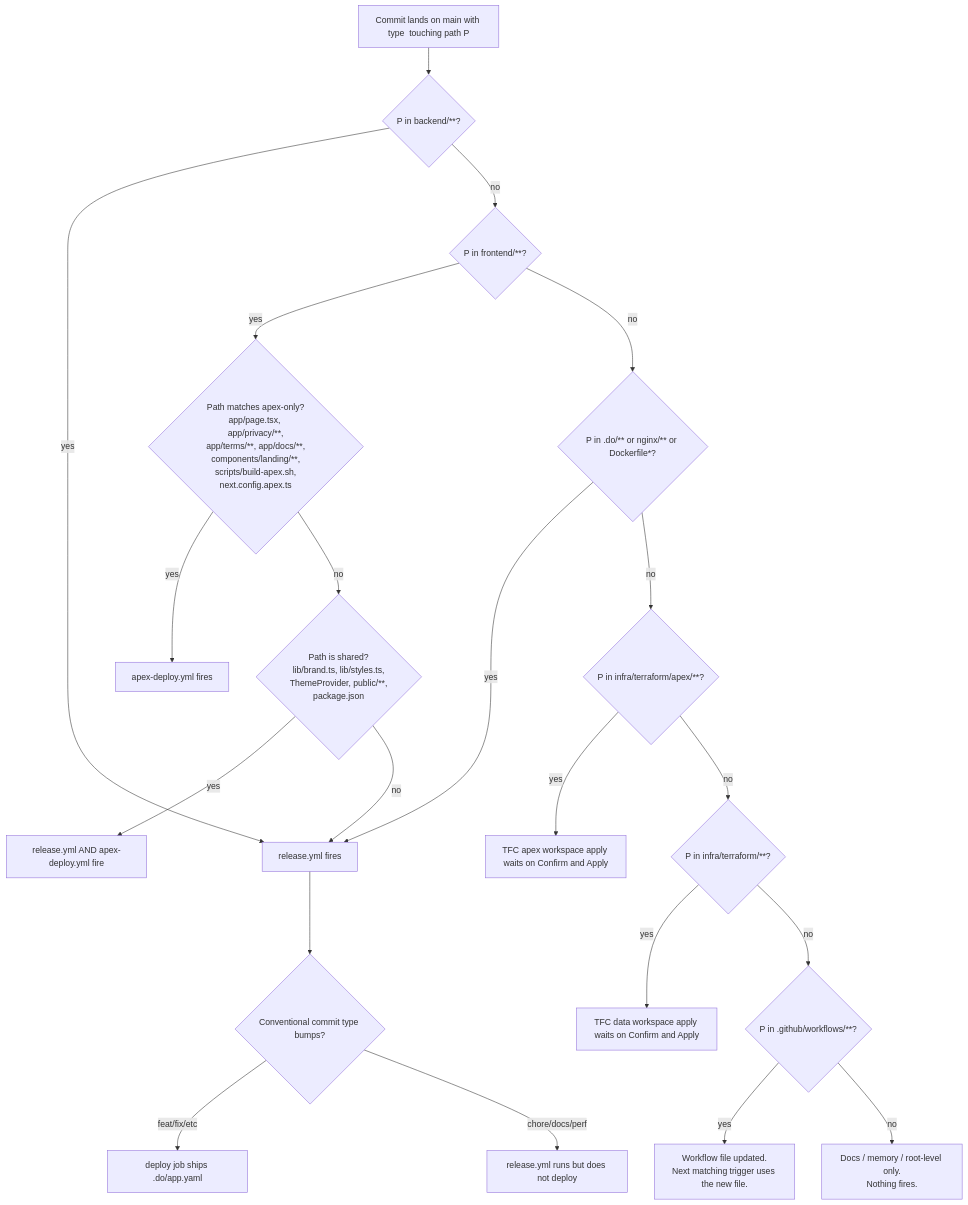
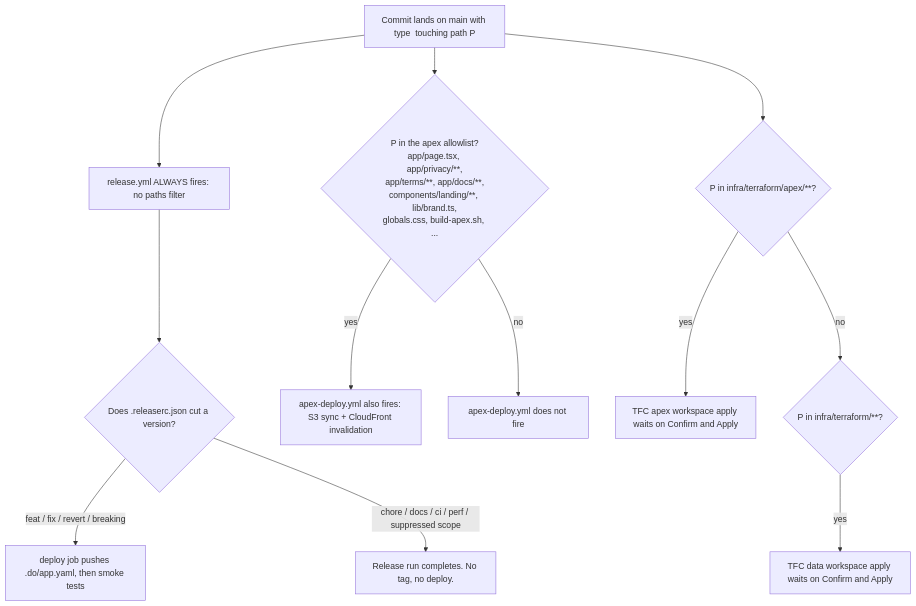
One commit to fjcloudaiconsulting/tbd changed the eighth of 8 diagrams in DEPLOYMENT.md. Above: the diagram before and after it, drawn with Mermaid. The commit also changed other lines of this file and 6 other files, not shown here.

First line of the commit message:
ci(release): drop release.yml's paths filter and alarm on undeployed releases (TBD-424)

````diff
--- a/DEPLOYMENT.md
+++ b/DEPLOYMENT.md
@@ -549,27 +569,17 @@
 ```mermaid
 flowchart TD
   start[Commit lands on main with type <type> touching path P]
-  start --> back{P in backend/**?}
-  back -- yes --> rel[release.yml fires]
-  back -- no --> front{P in frontend/**?}
+  start --> rel[release.yml ALWAYS fires: no paths filter]
+  rel --> semrel{Does .releaserc.json cut a version?}
+  semrel -- "feat / fix / revert / breaking" --> deploy[deploy job pushes .do/app.yaml, then smoke tests]
+  semrel -- "chore / docs / ci / perf / suppressed scope" --> noship[Release run completes. No tag, no deploy.]
 
-  front -- yes --> frontkind{Path matches apex-only?<br/>app/page.tsx, app/privacy/**,<br/>app/terms/**, app/docs/**,<br/>components/landing/**,<br/>scripts/build-apex.sh,<br/>next.config.apex.ts}
-  frontkind -- yes --> apex[apex-deploy.yml fires]
-  frontkind -- no --> frontshared{Path is shared?<br/>lib/brand.ts, lib/styles.ts,<br/>ThemeProvider, public/**,<br/>package.json}
-  frontshared -- yes --> both[release.yml AND apex-deploy.yml fire]
-  frontshared -- no --> rel
+  start --> apexq{P in the apex allowlist?<br/>app/page.tsx, app/privacy/**,<br/>app/terms/**, app/docs/**,<br/>components/landing/**, lib/brand.ts,<br/>globals.css, build-apex.sh, ...}
+  apexq -- yes --> apex[apex-deploy.yml also fires: S3 sync + CloudFront invalidation]
+  apexq -- no --> apexno[apex-deploy.yml does not fire]
 
-  front -- no --> infra{P in .do/** or nginx/** or Dockerfile*?}
-  infra -- yes --> rel
-  infra -- no --> tf1{P in infra/terraform/apex/**?}
+  start --> tf1{P in infra/terraform/apex/**?}
   tf1 -- yes --> tfapex[TFC apex workspace apply waits on Confirm and Apply]
   tf1 -- no --> tf2{P in infra/terraform/**?}
   tf2 -- yes --> tfpfv[TFC data workspace apply waits on Confirm and Apply]
-  tf2 -- no --> wf{P in .github/workflows/**?}
-  wf -- yes --> nothing[Workflow file updated.<br/>Next matching trigger uses the new file.]
-  wf -- no --> docs[Docs / memory / root-level only.<br/>Nothing fires.]
-
-  rel --> semrel{Conventional commit type bumps?}
-  semrel -- feat/fix/etc --> deploy[deploy job ships .do/app.yaml]
-  semrel -- chore/docs/perf --> noship[release.yml runs but does not deploy]
 ```
````
